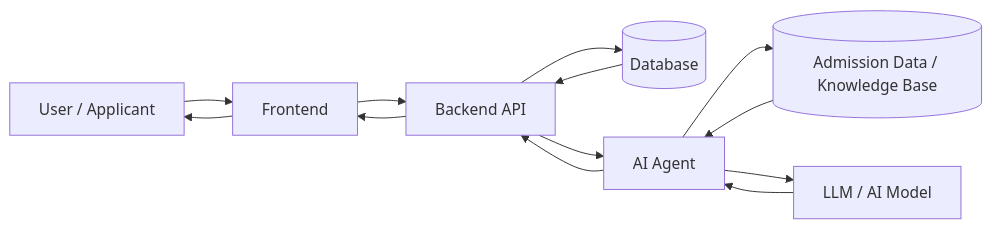
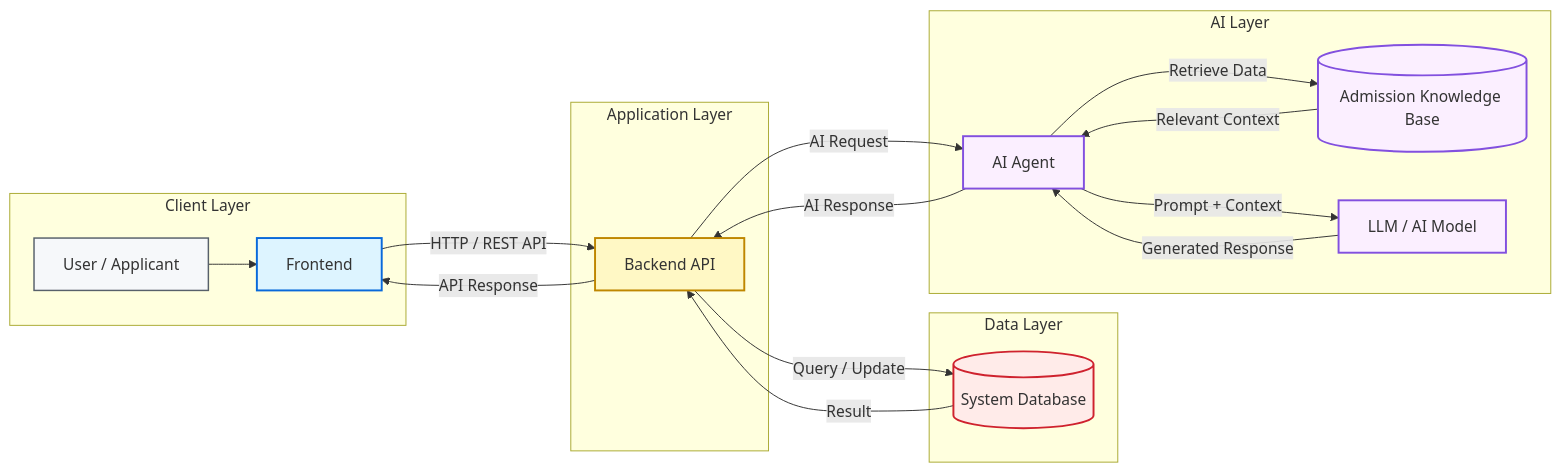
One commit to Timtimle/UniAdmSys changed the first of 2 diagrams in README.md. Above: the diagram before and after it, drawn with Mermaid. The commit also changed other lines of this file, not shown here.

````diff
--- a/README.md
+++ b/README.md
@@ -21,27 +21,50 @@
 ```mermaid
 flowchart LR
-    U[User / Applicant]
-    FE[Frontend]
-    BE[Backend API]
-    DB[(Database)]
-    AI[AI Agent]
-    KB[(Admission Data / Knowledge Base)]
-    LLM[LLM / AI Model]
+    subgraph CLIENT["Client Layer"]
+        U["User / Applicant"]
+        FE["Frontend"]
+        U --> FE
+    end
 
-    U --> FE
-    FE --> BE
+    subgraph SERVER["Application Layer"]
+        BE["Backend API"]
+    end
 
-    BE --> DB
-    DB --> BE
+    subgraph DATA["Data Layer"]
+        DB[("System Database")]
+    end
 
-    BE --> AI
-    AI --> KB
-    KB --> AI
-    AI --> LLM
-    LLM --> AI
-    AI --> BE
+    subgraph AI_LAYER["AI Layer"]
+        AI["AI Agent"]
+        KB[("Admission Knowledge Base")]
+        LLM["LLM / AI Model"]
 
-    BE --> FE
-    FE --> U
+        AI -->|"Retrieve Data"| KB
+        KB -->|"Relevant Context"| AI
 
+        AI -->|"Prompt + Context"| LLM
+        LLM -->|"Generated Response"| AI
+    end
+
+    FE -->|"HTTP / REST API"| BE
+
+    BE -->|"Query / Update"| DB
+    DB -->|"Result"| BE
+
+    BE -->|"AI Request"| AI
+    AI -->|"AI Response"| BE
+
+    BE -->|"API Response"| FE
+
+    classDef user fill:#f6f8fa,stroke:#57606a,stroke-width:1.5px;
+    classDef frontend fill:#ddf4ff,stroke:#0969da,stroke-width:2px;
+    classDef backend fill:#fff8c5,stroke:#bf8700,stroke-width:2px;
+    classDef database fill:#ffebe9,stroke:#cf222e,stroke-width:2px;
+    classDef ai fill:#fbefff,stroke:#8250df,stroke-width:2px;
+
+    class U user;
+    class FE frontend;
+    class BE backend;
+    class DB database;
+    class AI,KB,LLM ai;
 ```
````
